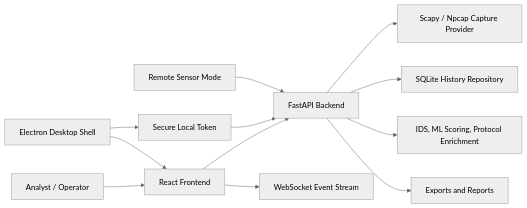
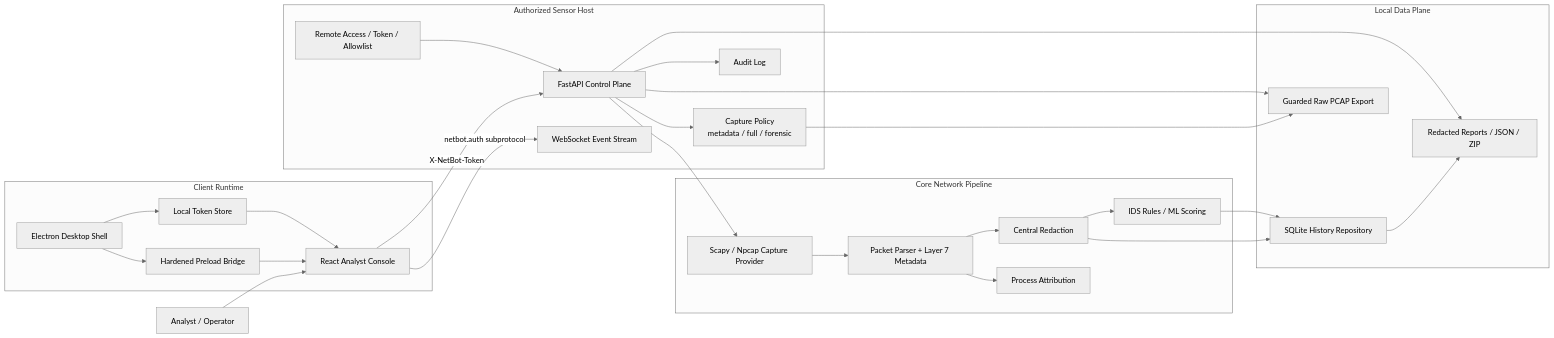
Before and after one commit to XploitGost/Netbotpro: the diagram in README.md, drawn with Mermaid (neutral theme). The commit also changed 1 other file, not shown here.

Commit message:
Refine architecture documentation

````diff
--- a/README.md
+++ b/README.md
@@ -45,14 +45,51 @@
 ```mermaid
 flowchart LR
-    User["Analyst / Operator"] --> UI["React Frontend"]
-    UI --> API["FastAPI Backend"]
-    UI --> WS["WebSocket Event Stream"]
-    Electron["Electron Desktop Shell"] --> UI
-    Electron --> Token["Secure Local Token"]
-    Token --> API
-    API --> Capture["Scapy / Npcap Capture Provider"]
-    API --> History["SQLite History Repository"]
-    API --> Detection["IDS, ML Scoring, Protocol Enrichment"]
-    API --> Reports["Exports and Reports"]
-    Sensor["Remote Sensor Mode"] --> API
+    Operator["Analyst / Operator"]
+
+    subgraph Client["Client Runtime"]
+        Browser["React Analyst Console"]
+        Desktop["Electron Desktop Shell"]
+        Preload["Hardened Preload Bridge"]
+        Token["Local Token Store"]
+    end
+
+    subgraph Sensor["Authorized Sensor Host"]
+        API["FastAPI Control Plane"]
+        WS["WebSocket Event Stream"]
+        Policy["Remote Access / Token / Allowlist"]
+        CapturePolicy["Capture Policy<br/>metadata / full / forensic"]
+        Audit["Audit Log"]
+    end
+
+    subgraph Core["Core Network Pipeline"]
+        Capture["Scapy / Npcap Capture Provider"]
+        Parser["Packet Parser + Layer 7 Metadata"]
+        Redaction["Central Redaction"]
+        Detection["IDS Rules / ML Scoring"]
+        ProcessMap["Process Attribution"]
+    end
+
+    subgraph Data["Local Data Plane"]
+        History["SQLite History Repository"]
+        Reports["Redacted Reports / JSON / ZIP"]
+        Raw["Guarded Raw PCAP Export"]
+    end
+
+    Operator --> Browser
+    Desktop --> Preload --> Browser
+    Desktop --> Token
+    Token --> Browser
+    Browser -->|"X-NetBot-Token"| API
+    Browser -->|"netbot.auth subprotocol"| WS
+    Policy --> API
+    API --> CapturePolicy
+    API --> Audit
+    API --> Capture --> Parser --> Redaction --> Detection
+    Parser --> ProcessMap
+    Redaction --> History
+    Detection --> History
+    History --> Reports
+    CapturePolicy --> Raw
+    API --> Reports
+    API --> Raw
 ```
````
